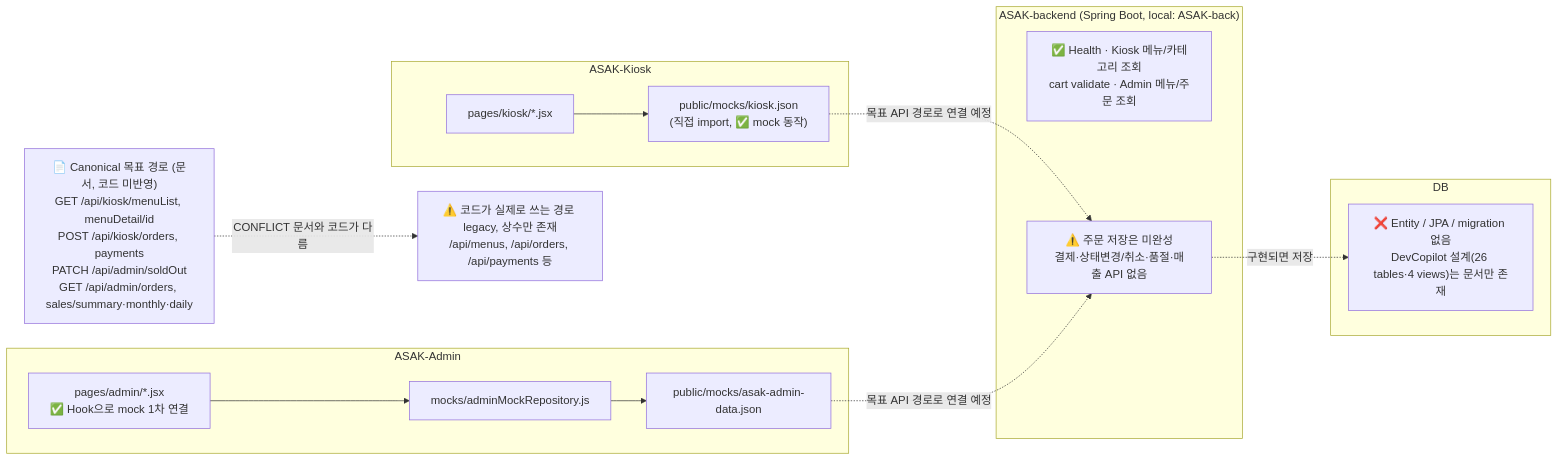
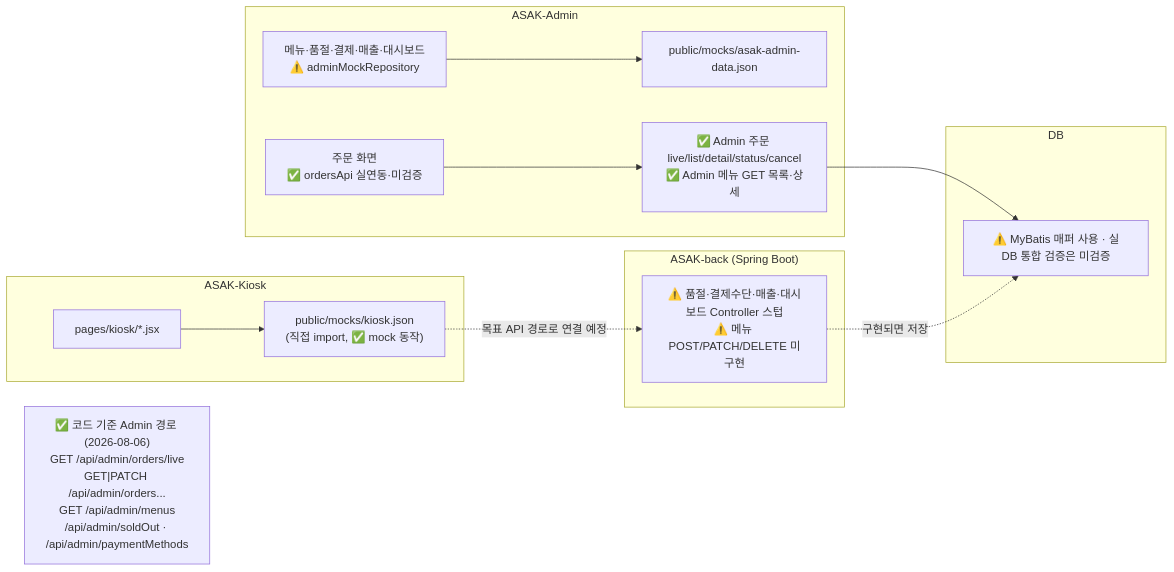
Before and after one commit to hagenie128/ASAK: the fourth of 6 diagrams in docs/wiki/project-flow.md, drawn with Mermaid. The commit also changed other lines of this file and 154 other files, not shown here.

````diff
--- a/docs/wiki/project-flow.md
+++ b/docs/wiki/project-flow.md
@@ -139,32 +142,31 @@
 ```mermaid
 flowchart LR
     subgraph K["ASAK-Kiosk"]
         K1["pages/kiosk/*.jsx"]
         K2["public/mocks/kiosk.json<br/>(직접 import, ✅ mock 동작)"]
         K1 --> K2
     end
 
     subgraph AD["ASAK-Admin"]
-        A1["pages/admin/*.jsx<br/>✅ Hook으로 mock 1차 연결"]
-        A2["mocks/adminMockRepository.js"]
+        A1["주문 화면<br/>✅ ordersApi 실연동·미검증"]
+        A2["메뉴·품절·결제·매출·대시보드<br/>⚠️ adminMockRepository"]
         A3["public/mocks/asak-admin-data.json"]
-        A1 --> A2 --> A3
+        A1 --> B1
+        A2 --> A3
     end
 
-    subgraph B["ASAK-backend (Spring Boot, local: ASAK-back)"]
-        B1["✅ Health · Kiosk 메뉴/카테고리 조회<br/>cart validate · Admin 메뉴/주문 조회"]
-        B2["⚠️ 주문 저장은 미완성<br/>결제·상태변경/취소·품절·매출 API 없음"]
+    subgraph B["ASAK-back (Spring Boot)"]
+        B1["✅ Admin 주문 live/list/detail/status/cancel<br/>✅ Admin 메뉴 GET 목록·상세"]
+        B2["⚠️ 품절·결제수단·매출·대시보드 Controller 스텁<br/>⚠️ 메뉴 POST/PATCH/DELETE 미구현"]
     end
 
     subgraph DB["DB"]
-        D1["❌ Entity / JPA / migration 없음<br/>DevCopilot 설계(26 tables·4 views)는 문서만 존재"]
+        D1["⚠️ MyBatis 매퍼 사용 · 실DB 통합 검증은 미검증"]
     end
 
     K2 -. 목표 API 경로로 연결 예정 .-> B2
-    A3 -. 목표 API 경로로 연결 예정 .-> B2
+    B1 --> D1
     B2 -. 구현되면 저장 .-> D1
 
-    Canon["📄 Canonical 목표 경로 (문서, 코드 미반영)<br/>GET /api/kiosk/menuList, menuDetail/id<br/>POST /api/kiosk/orders, payments<br/>PATCH /api/admin/soldOut<br/>GET /api/admin/orders, sales/summary·monthly·daily"]
-    LegacyCode["⚠️ 코드가 실제로 쓰는 경로 legacy, 상수만 존재<br/>/api/menus, /api/orders, /api/payments 등"]
-    Canon -. CONFLICT 문서와 코드가 다름 .-> LegacyCode
+    CodePaths["✅ 코드 기준 Admin 경로 (2026-08-06)<br/>GET /api/admin/orders/live<br/>GET|PATCH /api/admin/orders...<br/>GET /api/admin/menus<br/>/api/admin/soldOut · /api/admin/paymentMethods"]
 ```
````
